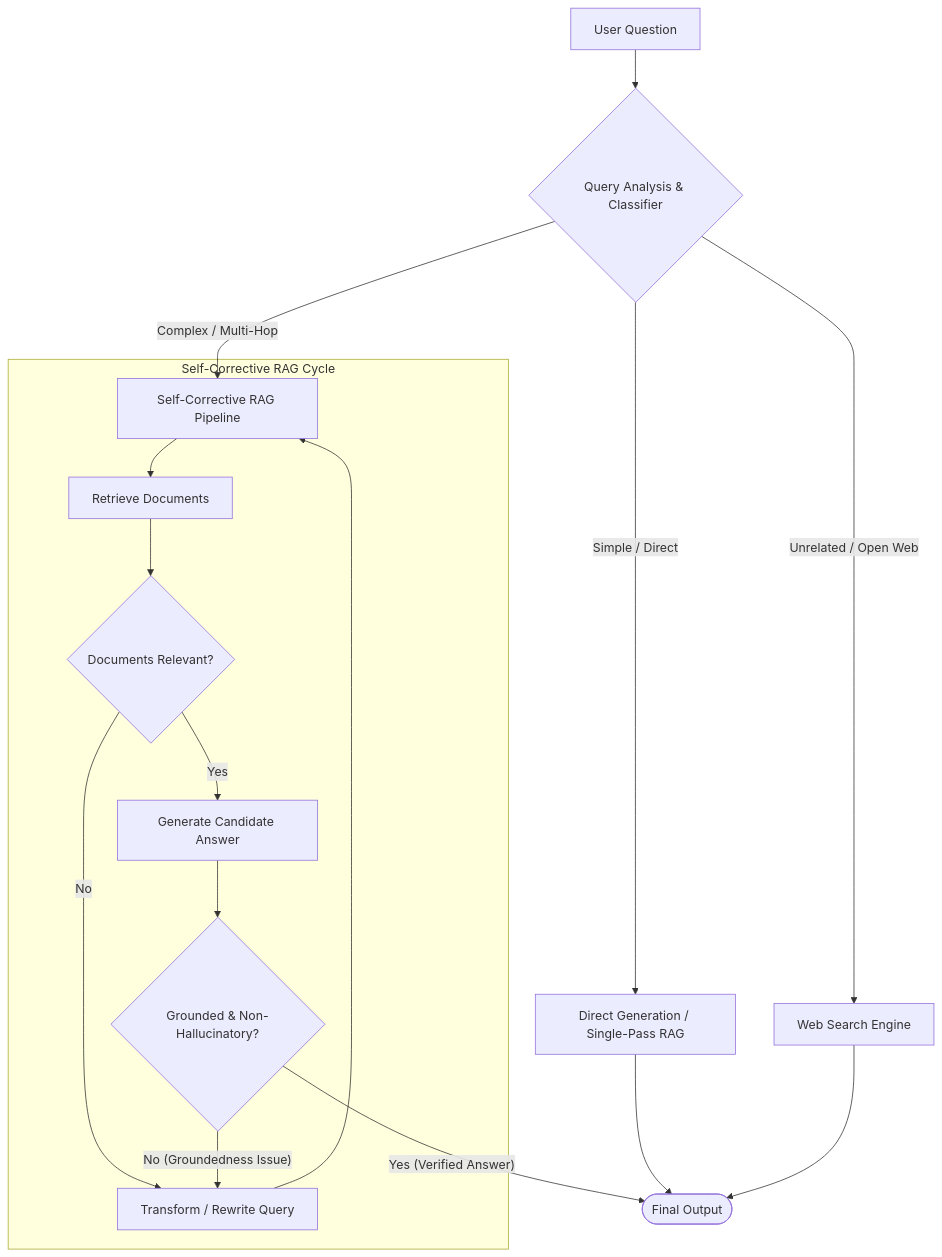
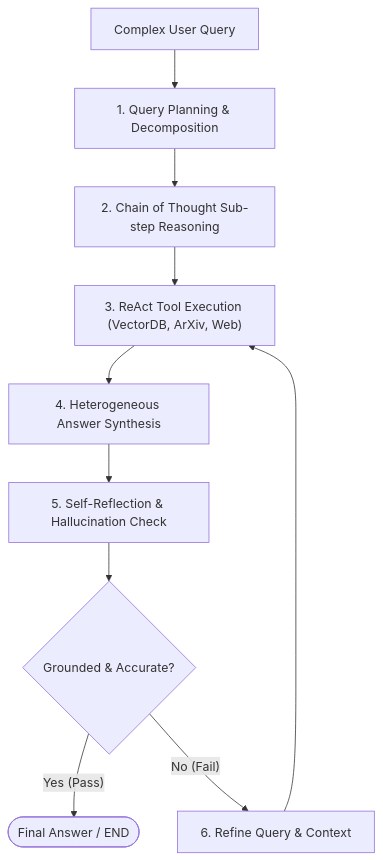
The third of 3 diagrams in README.md (Shivanshvyas1729/Krish_naik_rag_notes2), drawn with Mermaid before and after one commit. The commit also changed other lines of this file and 7 other files, not shown here.

````diff
--- a/README.md
+++ b/README.md
@@ -648,25 +457,13 @@
 ```mermaid
 flowchart TD
-    User["User Question"] --> QA{"Query Analysis & Classifier"}
+    UserQuery["Complex User Query"] --> Plan["1. Query Planning & Decomposition"]
+    Plan --> CoT["2. Chain of Thought Sub-step Reasoning"]
+    CoT --> ReAct["3. ReAct Tool Execution (VectorDB, ArXiv, Web)"]
+    ReAct --> MultiSource["4. Heterogeneous Answer Synthesis"]
+    MultiSource --> SelfReflect["5. Self-Reflection & Hallucination Check"]
     
-    QA -->|"Simple / Direct"| Direct["Direct Generation / Single-Pass RAG"]
-    QA -->|"Unrelated / Open Web"| Web["Web Search Engine"]
-    QA -->|"Complex / Multi-Hop"| SelfRAG["Self-Corrective RAG Pipeline"]
-    
-    subgraph Self-Corrective RAG Cycle
-        SelfRAG --> Retrieve["Retrieve Documents"]
-        Retrieve --> GradeDoc{"Documents Relevant?"}
-        
-        GradeDoc -->|"No"| Transform["Transform / Rewrite Query"]
-        Transform --> SelfRAG
-        
-        GradeDoc -->|"Yes"| Generate["Generate Candidate Answer"]
-        Generate --> GradeAns{"Grounded & Non-Hallucinatory?"}
-        
-        GradeAns -->|"No (Groundedness Issue)"| Transform
-    end
-    
-    GradeAns -->|"Yes (Verified Answer)"| Final([Final Output])
-    Direct --> Final
-    Web --> Final
+    SelfReflect --> Decision{"Grounded & Accurate?"}
+    Decision -->|"Yes (Pass)"| END([Final Answer / END])
+    Decision -->|"No (Fail)"| Refine["6. Refine Query & Context"]
+    Refine --> ReAct
 ```
````
